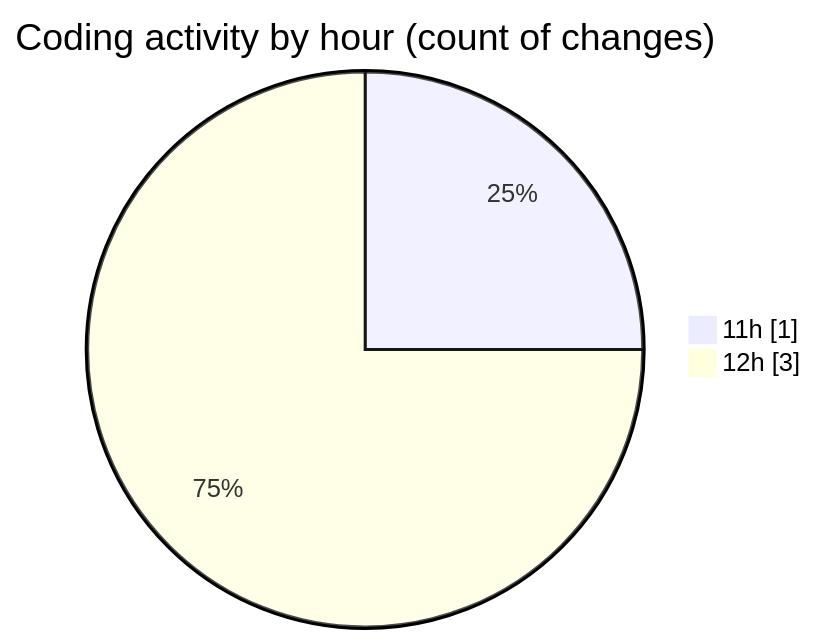
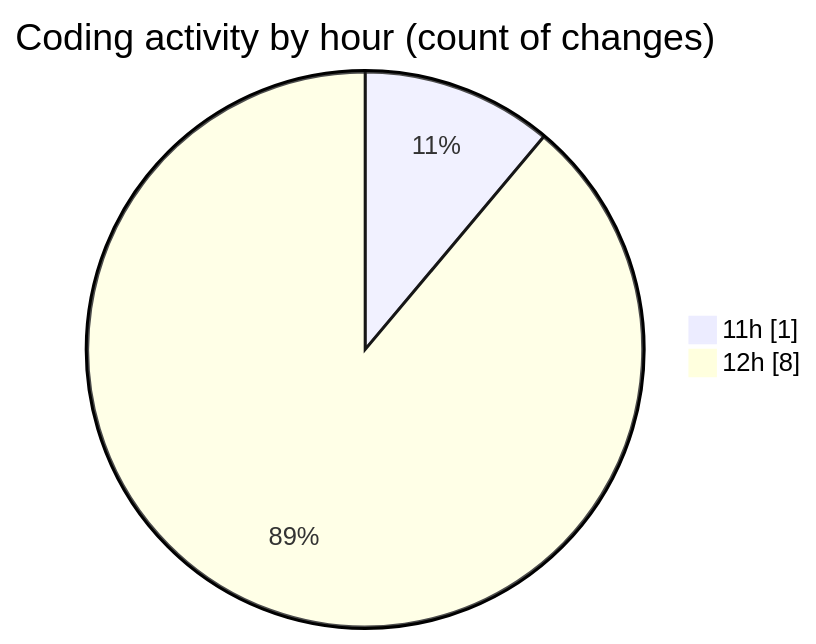
One commit to nxtqubesakshisongat/code-tracking changed the second of 2 diagrams in 2025-09-01/nxtqube_webapp/README.md. Above: the diagram before and after it, drawn with Mermaid. The commit also changed other lines of this file and 1 other file, not shown here.

````diff
--- a/2025-09-01/nxtqube_webapp/README.md
+++ b/2025-09-01/nxtqube_webapp/README.md
@@ -28,6 +28,6 @@
 ```mermaid
 pie showData
 title Coding activity by hour (count of changes)
 "11h" : 1
-"12h" : 3
+"12h" : 8
 ```
````
